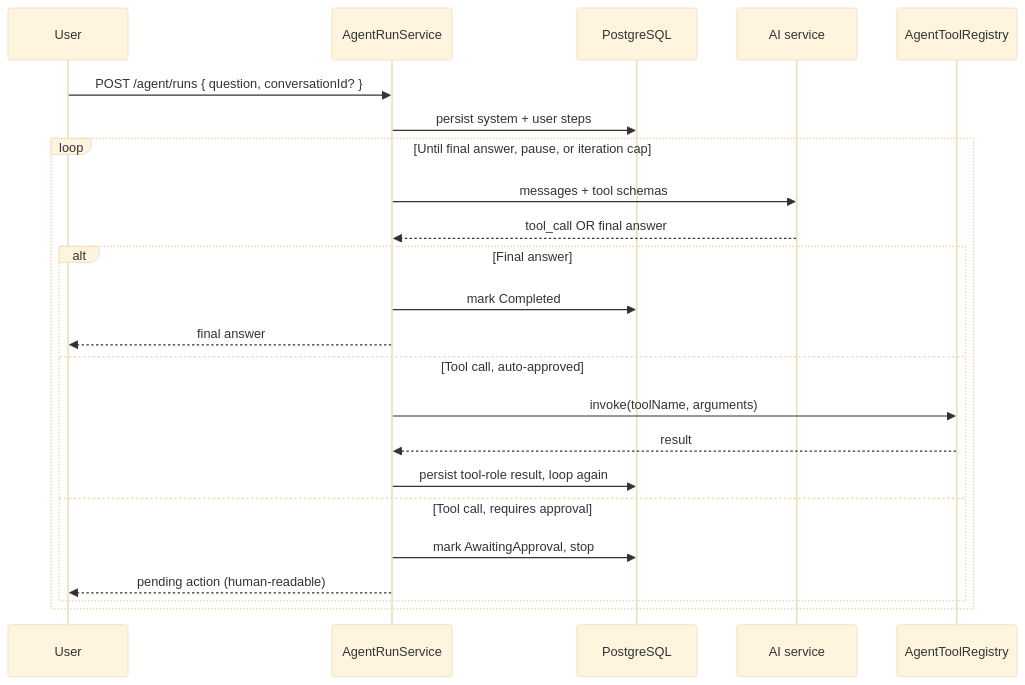
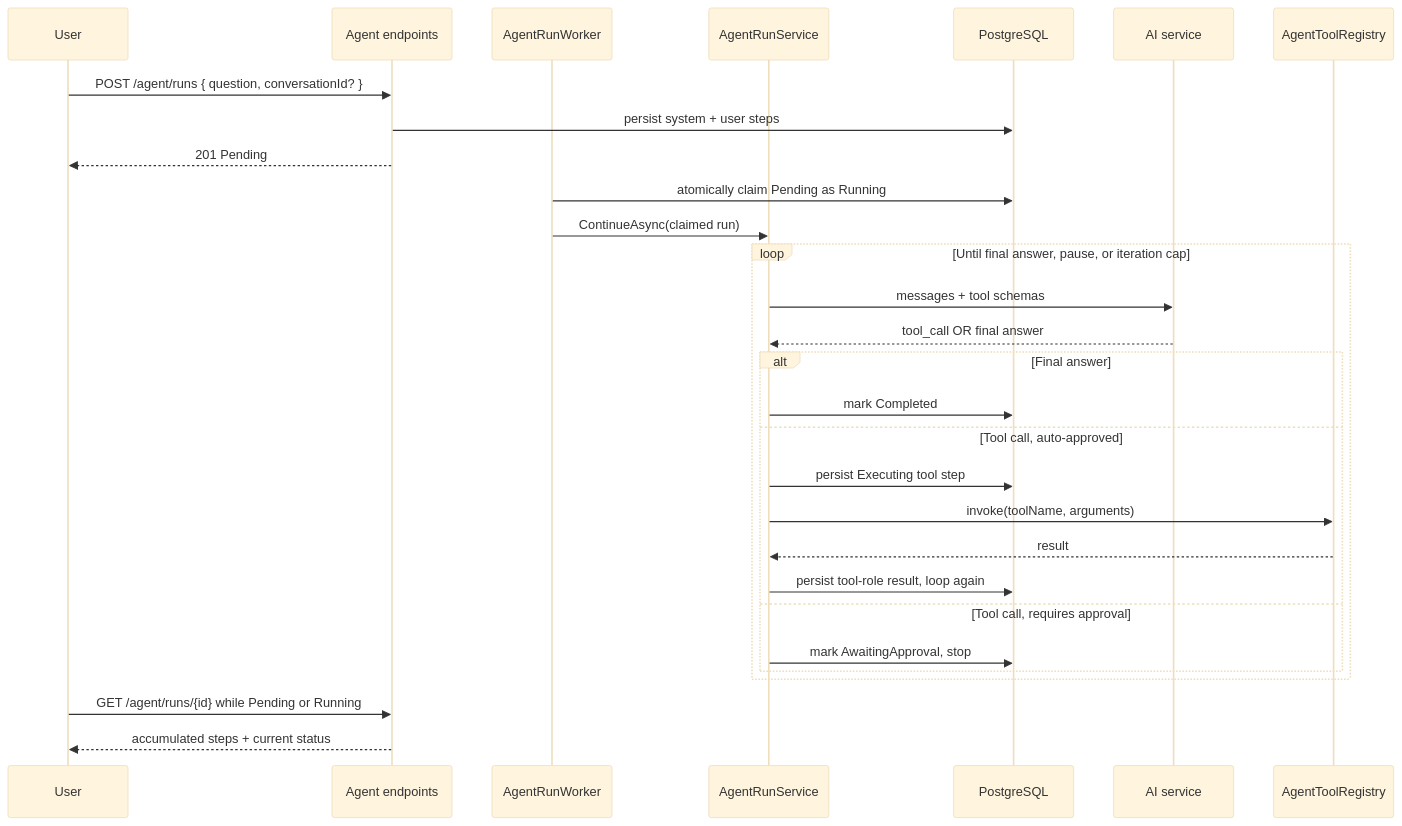
The second of 4 diagrams in docs/agent.md (AhmadAbughanam/amanah-drive), drawn with Mermaid (base theme) before and after one commit. The commit also changed other lines of this file and 13 other files, not shown here.

````diff
--- a/docs/agent.md
+++ b/docs/agent.md
@@ -61,26 +65,32 @@
 ```mermaid
 sequenceDiagram
     participant U as User
-    participant A as AgentRunService
+    participant A as Agent endpoints
+    participant W as AgentRunWorker
+    participant S as AgentRunService
     participant DB as PostgreSQL
     participant AI as AI service
     participant T as AgentToolRegistry
 
     U->>A: POST /agent/runs { question, conversationId? }
     A->>DB: persist system + user steps
+    A-->>U: 201 Pending
+    W->>DB: atomically claim Pending as Running
+    W->>S: ContinueAsync(claimed run)
     loop Until final answer, pause, or iteration cap
-        A->>AI: messages + tool schemas
-        AI-->>A: tool_call OR final answer
+        S->>AI: messages + tool schemas
+        AI-->>S: tool_call OR final answer
         alt Final answer
-            A->>DB: mark Completed
-            A-->>U: final answer
+            S->>DB: mark Completed
         else Tool call, auto-approved
-            A->>T: invoke(toolName, arguments)
-            T-->>A: result
-            A->>DB: persist tool-role result, loop again
+            S->>DB: persist Executing tool step
+            S->>T: invoke(toolName, arguments)
+            T-->>S: result
+            S->>DB: persist tool-role result, loop again
         else Tool call, requires approval
-            A->>DB: mark AwaitingApproval, stop
-            A-->>U: pending action (human-readable)
+            S->>DB: mark AwaitingApproval, stop
         end
     end
+    U->>A: GET /agent/runs/{id} while Pending or Running
+    A-->>U: accumulated steps + current status
 ```
````
